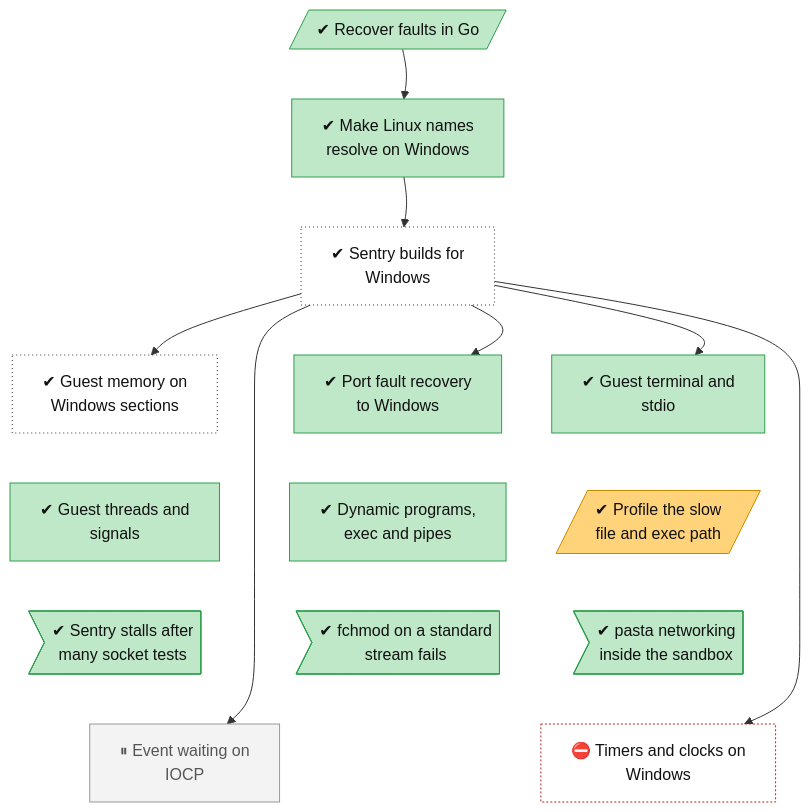
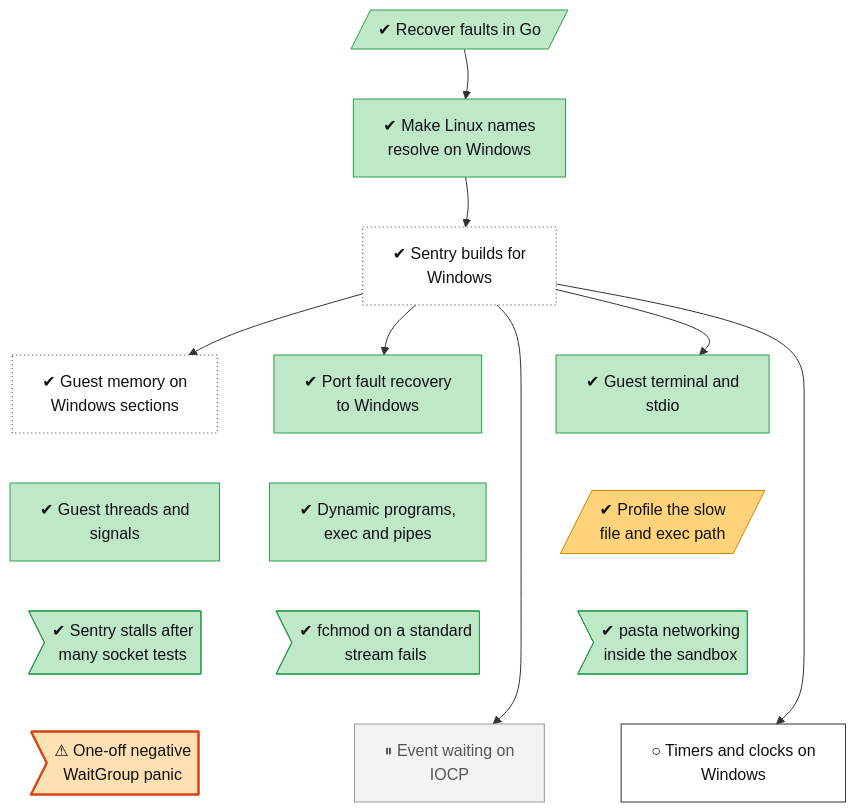
The diagram in docs/roadmap/tracks/sentry.md (lhns/gvisor-windows), drawn with Mermaid before and after one commit. The commit also changed other lines of this file and 9 other files, not shown here.

````diff
--- a/docs/roadmap/tracks/sentry.md
+++ b/docs/roadmap/tracks/sentry.md
@@ -10,57 +10,59 @@
 ```mermaid
 flowchart TB
     sentry_go_fault_recovery[/"✔ Recover faults in Go"/]
     sentry_unix_shim["✔ Make Linux names<br/>resolve on Windows"]
     sentry_windows_build["✔ Sentry builds for<br/>Windows"]
     sentry_memory_file_sections["✔ Guest memory on<br/>Windows sections"]
     sentry_fault_recovery["✔ Port fault recovery<br/>to Windows"]
     sentry_host_stdio_and_tty["✔ Guest terminal and<br/>stdio"]
     sentry_threads_and_signals["✔ Guest threads and<br/>signals"]
     sentry_dynamic_elf_and_exec["✔ Dynamic programs,<br/>exec and pipes"]
     sentry_profile_small_file_path[/"✔ Profile the slow<br/>file and exec path"/]
     sentry_netpoll_failure>"✔ Sentry stalls after<br/>many socket tests"]
     sentry_fchmod_std_stream>"✔ fchmod on a standard<br/>stream fails"]
     sentry_pasta_in_sandbox>"✔ pasta networking<br/>inside the sandbox"]
+    sentry_waitgroup_panic>"⚠ One-off negative<br/>WaitGroup panic"]
     sentry_event_loop_iocp["⏸ Event waiting on<br/>IOCP"]
-    sentry_timers_and_clocks["⛔ Timers and clocks on<br/>Windows"]
+    sentry_timers_and_clocks["○ Timers and clocks on<br/>Windows"]
     sentry_go_fault_recovery ~~~ sentry_unix_shim
     sentry_unix_shim ~~~ sentry_windows_build
     sentry_windows_build ~~~ sentry_memory_file_sections
     sentry_windows_build ~~~ sentry_fault_recovery
     sentry_windows_build ~~~ sentry_host_stdio_and_tty
     sentry_memory_file_sections ~~~ sentry_threads_and_signals
     sentry_fault_recovery ~~~ sentry_dynamic_elf_and_exec
     sentry_host_stdio_and_tty ~~~ sentry_profile_small_file_path
     sentry_threads_and_signals ~~~ sentry_netpoll_failure
     sentry_dynamic_elf_and_exec ~~~ sentry_fchmod_std_stream
     sentry_profile_small_file_path ~~~ sentry_pasta_in_sandbox
-    sentry_netpoll_failure ~~~ sentry_event_loop_iocp
-    sentry_fchmod_std_stream ~~~ sentry_timers_and_clocks
+    sentry_netpoll_failure ~~~ sentry_waitgroup_panic
+    sentry_fchmod_std_stream ~~~ sentry_event_loop_iocp
     sentry_pasta_in_sandbox ~~~ sentry_timers_and_clocks
     sentry_go_fault_recovery --> sentry_unix_shim
     sentry_unix_shim --> sentry_windows_build
     sentry_windows_build --> sentry_memory_file_sections
     sentry_windows_build --> sentry_fault_recovery
     sentry_windows_build --> sentry_host_stdio_and_tty
     sentry_windows_build --> sentry_event_loop_iocp
     sentry_windows_build --> sentry_timers_and_clocks
     classDef vsucc fill:#2e9e4f,stroke:#1b6b34,color:#fff
     classDef succ fill:#bfe8c8,stroke:#2e9e4f,color:#111
     classDef mixed fill:#ffd37a,stroke:#c98a00,color:#111
     classDef bad fill:#f28b82,stroke:#b3261e,color:#111
     classDef dead fill:#e6e6e6,stroke:#777,stroke-dasharray:5 5,color:#555
     classDef inprog fill:#a8cdf5,stroke:#1f6fc5,color:#111
     classDef next fill:#fff,stroke:#333,color:#111
     classDef blocked fill:#fff,stroke:#b3261e,stroke-dasharray:2 2,color:#111
     classDef parked fill:#f3f3f3,stroke:#999,color:#555
     classDef unrated fill:#fff,stroke:#333,stroke-dasharray:1 3,color:#111
     classDef gate fill:#d9c2f0,stroke:#7b3fb5,color:#111
     classDef decided fill:#ece0f7,stroke:#7b3fb5,stroke-dasharray:2 2,color:#111
     classDef finding fill:#ffe0b2,stroke:#d84315,stroke-width:2px,color:#111
     classDef waiting fill:#e3f2fd,stroke:#1f6fc5,stroke-dasharray:5 5,color:#111
     class sentry_go_fault_recovery,sentry_unix_shim,sentry_fault_recovery,sentry_host_stdio_and_tty,sentry_threads_and_signals,sentry_dynamic_elf_and_exec,sentry_netpoll_failure,sentry_fchmod_std_stream,sentry_pasta_in_sandbox succ
     class sentry_windows_build,sentry_memory_file_sections unrated
     class sentry_profile_small_file_path mixed
+    class sentry_waitgroup_panic finding
     class sentry_event_loop_iocp parked
-    class sentry_timers_and_clocks blocked
+    class sentry_timers_and_clocks next
 ```
````
